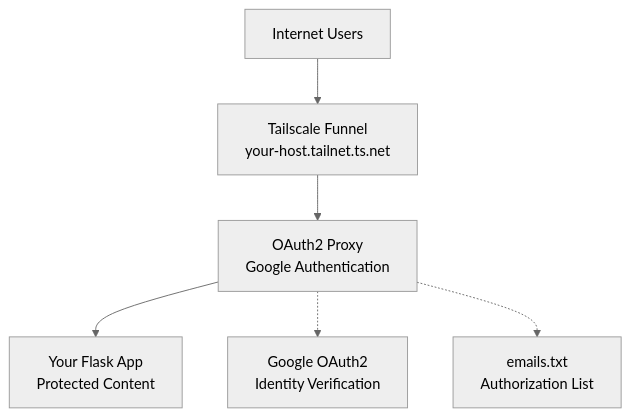
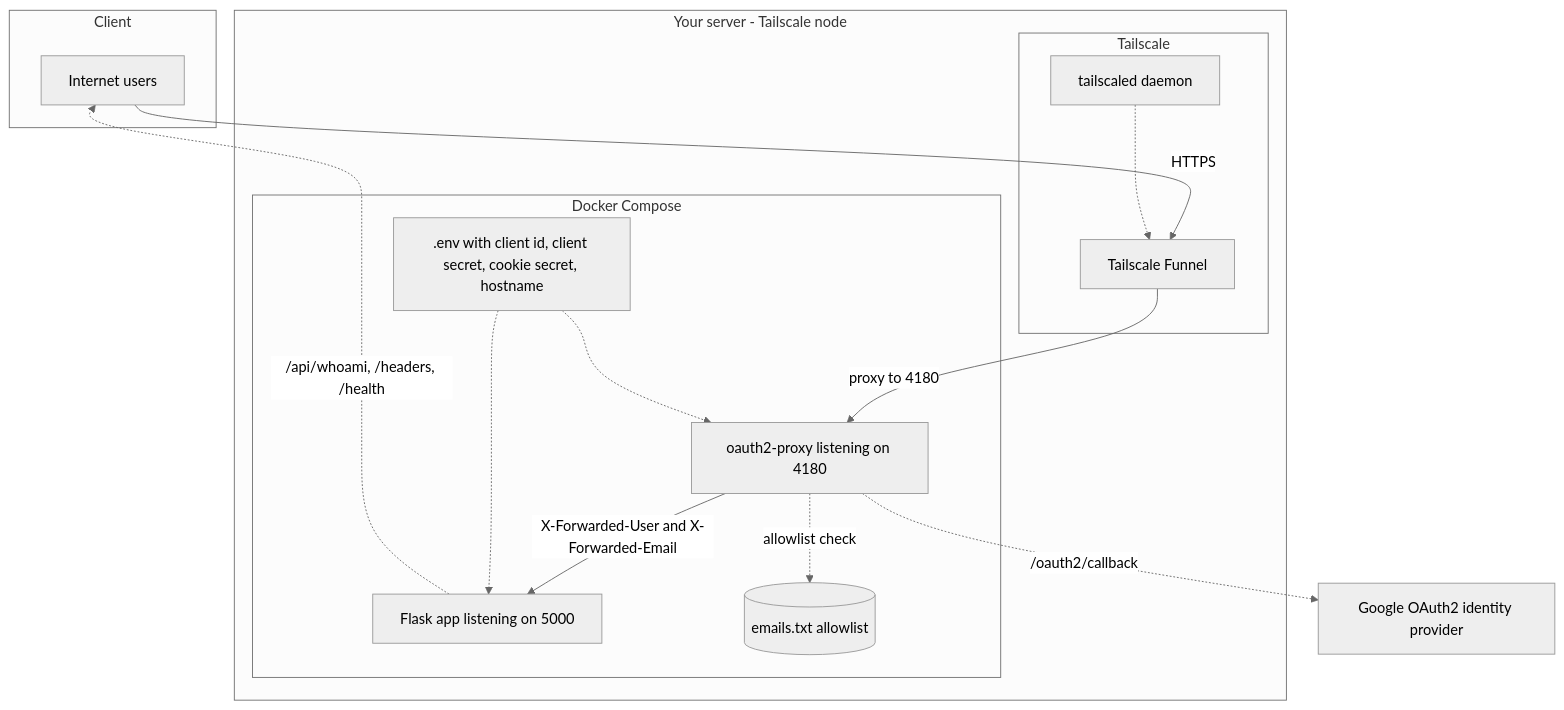
Before and after one commit to HaiNick/Shark-no-Ninsho-Mon: the first of 2 diagrams in README.md, drawn with Mermaid (neutral theme). The commit also changed other lines of this file and 1 other file, not shown here.

Commit message:
docs: enhance README.md and add EXTRA-FEATURES.md for improved user guidance and advanced configuration options

````diff
--- a/README.md
+++ b/README.md
@@ -145,14 +148,33 @@
 ```mermaid
 graph TB
-    Internet[Internet Users]
-    Funnel[Tailscale Funnel<br/>your-host.tailnet.ts.net]
-    OAuth[OAuth2 Proxy<br/>Google Authentication]
-    App[Your Flask App<br/>Protected Content]
+  %% High-level infrastructure (GitHub-safe)
+  subgraph Client
+    U[Internet users]
+  end
 
-    Internet --> Funnel
-    Funnel --> OAuth
-    OAuth --> App
+  subgraph Host[Your server - Tailscale node]
+    subgraph TS[Tailscale]
+      TSd[tailscaled daemon]
+      Funnel[Tailscale Funnel]
+    end
 
-    OAuth -.-> Google[Google OAuth2<br/>Identity Verification]
-    OAuth -.-> Emails[emails.txt<br/>Authorization List]
+    subgraph DC[Docker Compose]
+      OAuth[oauth2-proxy listening on 4180]
+      App[Flask app listening on 5000]
+      Emails[(emails.txt allowlist)]
+      Env[.env with client id, client secret, cookie secret, hostname]
+    end
+  end
+
+  U -->|HTTPS| Funnel
+  Funnel -->|proxy to 4180| OAuth
+  OAuth -->|X-Forwarded-User and X-Forwarded-Email| App
+
+  OAuth -.->|/oauth2/callback| Google[Google OAuth2 identity provider]
+  OAuth -.->|allowlist check| Emails
+  Env -.-> OAuth
+  Env -.-> App
+  TSd -.-> Funnel
+
+  App -.->|/api/whoami, /headers, /health| U
 ```
````
